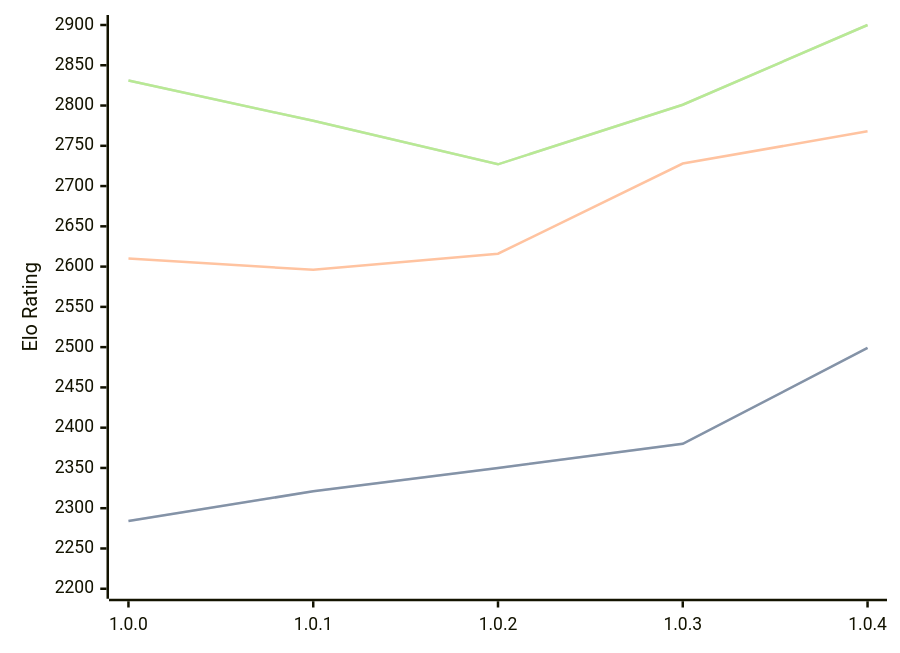
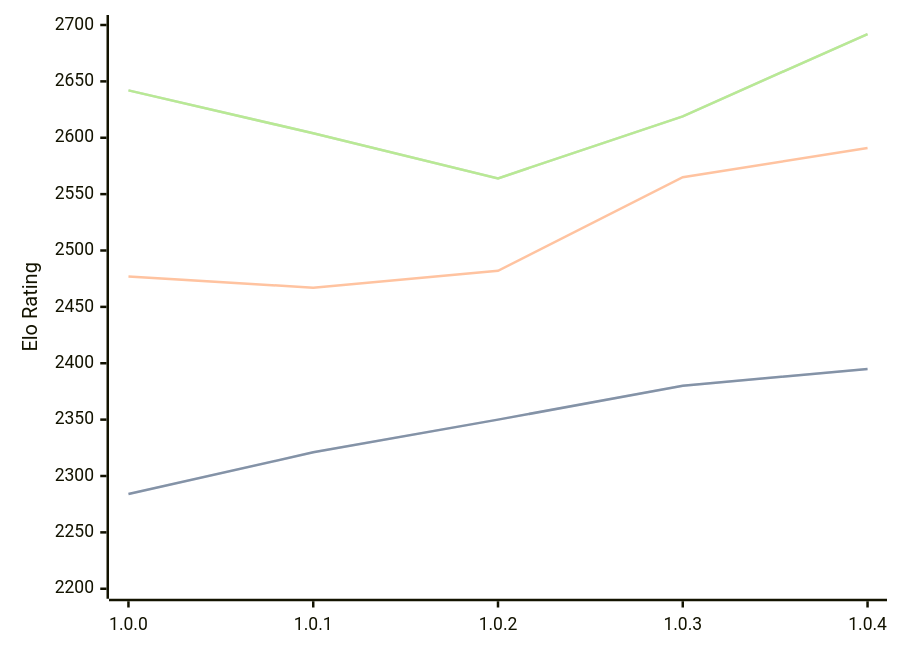
One commit to computer-chess-index/cci changed the diagram in engines/Grail.md. Above: the diagram before and after it, drawn with Mermaid. The commit also changed other lines of this file, not shown here.

Commit message:
Update CCI Ratings (ELO VLTC) - 2026-02-23

````diff
--- a/engines/Grail.md
+++ b/engines/Grail.md
@@ -32,11 +32,11 @@
 ```mermaid
 %%{init: {"theme":"base","themeVariables":{"seriesColors:['#a3a3a3','#222221','#faa371']}}}%%
 xychart-beta
   x-axis ["1.0.0", "1.0.1", "1.0.2", "1.0.3", "1.0.4"]
-  y-axis "Elo Rating" 2200 --> 2900
-  line "STC (8.0+0.08s)" [2284, 2321, 2350, 2380, 2499]
-  line "STC (8.0+0.08s)" [2284, 2321, 2350, 2380, 2499]
-  line "LTC (60.0+0.60s)" [2610, 2596, 2616, 2728, 2768]
-  line "VLTC (2m24s+1.12s)" [2831, 2781, 2727, 2801, 2900]
-  line "VLTC (2m24s+1.12s)" [2831, 2781, 2727, 2801, 2900]
+  y-axis "Elo Rating" 2200 --> 2700
+  line "STC (8.0+0.08s)" [2284, 2321, 2350, 2380, 2395]
+  line "STC (8.0+0.08s)" [2284, 2321, 2350, 2380, 2395]
+  line "LTC (60.0+0.60s)" [2477, 2467, 2482, 2565, 2591]
+  line "VLTC (2m24s+1.12s)" [2642, 2604, 2564, 2619, 2692]
+  line "VLTC (2m24s+1.12s)" [2642, 2604, 2564, 2619, 2692]
 ```
````
